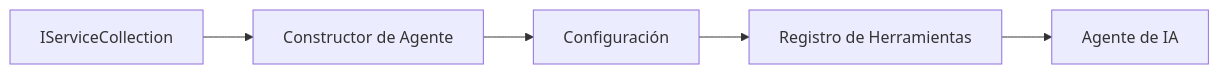
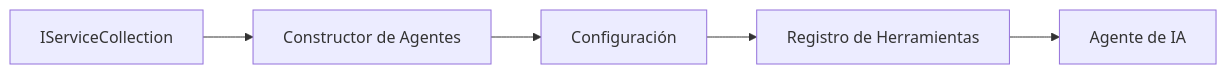
Before and after one commit to venturemavenwill/azureaifundamentals: the diagram in translations/es/03-agentic-design-patterns/code_samples/03-dotnet-agent-framework.md, drawn with Mermaid. The commit also changed other lines of this file and 2002 other files, not shown here.

````diff
--- a/translations/es/03-agentic-design-patterns/code_samples/03-dotnet-agent-framework.md
+++ b/translations/es/03-agentic-design-patterns/code_samples/03-dotnet-agent-framework.md
@@ -41,7 +41,7 @@
 ```mermaid
 graph LR
-    A[IServiceCollection] --> B[Constructor de Agente]
+    A[IServiceCollection] --> B[Constructor de Agentes]
     B --> C[Configuración]
     C --> D[Registro de Herramientas]
     D --> E[Agente de IA]
 ```
````
